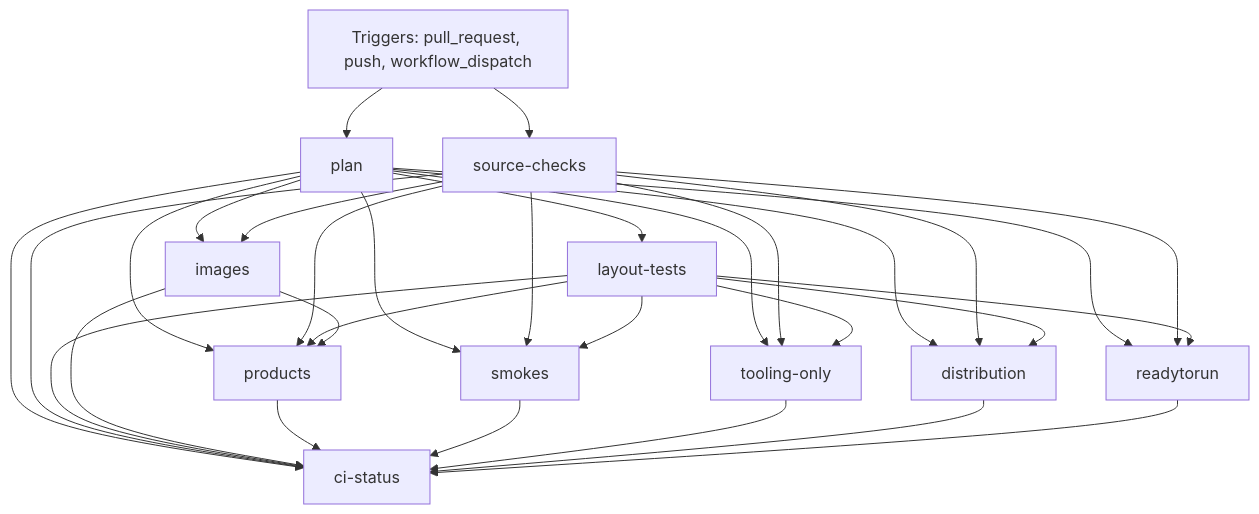
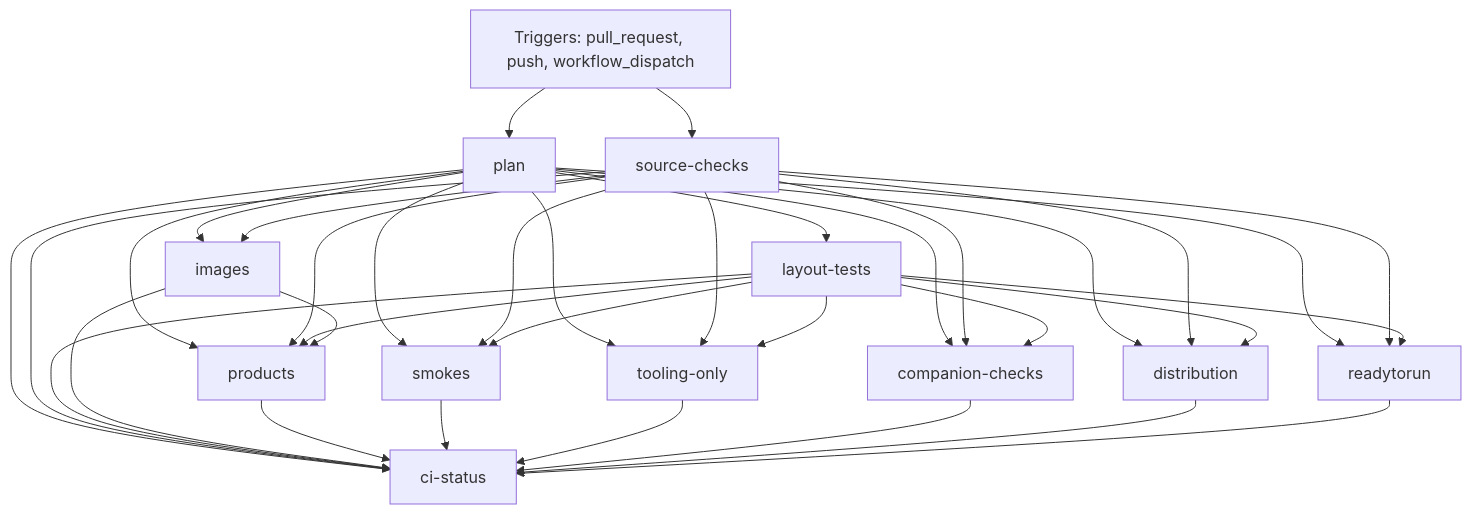
Before and after one commit to FrenchExDev2/QuietCli.PoSh: the diagram in docs/ci/github/script-companions-ci.md, drawn with Mermaid. The commit also changed other lines of this file and 59 other files, not shown here.

```diff
--- a/docs/ci/github/script-companions-ci.md
+++ b/docs/ci/github/script-companions-ci.md
@@ -43,44 +45,49 @@
 ~~~mermaid
 flowchart TD
     event["Triggers: pull_request, push, workflow_dispatch"]
     job_ci_status["ci-status"]
+    job_companion_checks["companion-checks"]
     job_distribution["distribution"]
     job_images["images"]
     job_layout_tests["layout-tests"]
     job_plan["plan"]
     job_products["products"]
     job_readytorun["readytorun"]
     job_smokes["smokes"]
     job_source_checks["source-checks"]
     job_tooling_only["tooling-only"]
     job_plan --> job_ci_status
     job_source_checks --> job_ci_status
     job_layout_tests --> job_ci_status
     job_images --> job_ci_status
     job_products --> job_ci_status
     job_smokes --> job_ci_status
     job_tooling_only --> job_ci_status
+    job_companion_checks --> job_ci_status
     job_distribution --> job_ci_status
     job_readytorun --> job_ci_status
+    job_plan --> job_companion_checks
+    job_source_checks --> job_companion_checks
+    job_layout_tests --> job_companion_checks
     job_plan --> job_distribution
     job_source_checks --> job_distribution
     job_layout_tests --> job_distribution
     job_plan --> job_images
     job_source_checks --> job_images
     job_plan --> job_layout_tests
     event --> job_plan
     job_plan --> job_products
     job_source_checks --> job_products
     job_layout_tests --> job_products
     job_images --> job_products
     job_plan --> job_readytorun
     job_source_checks --> job_readytorun
     job_layout_tests --> job_readytorun
     job_plan --> job_smokes
     job_source_checks --> job_smokes
     job_layout_tests --> job_smokes
     event --> job_source_checks
     job_plan --> job_tooling_only
     job_source_checks --> job_tooling_only
     job_layout_tests --> job_tooling_only
 ~~~
```
